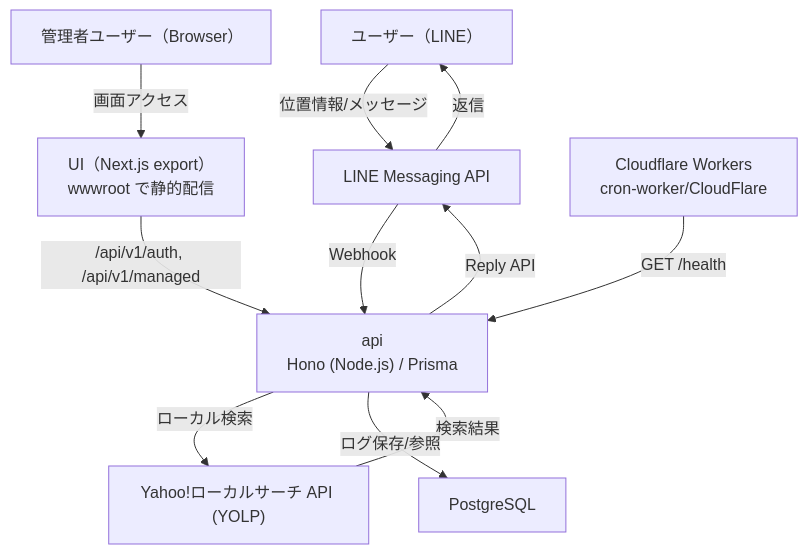
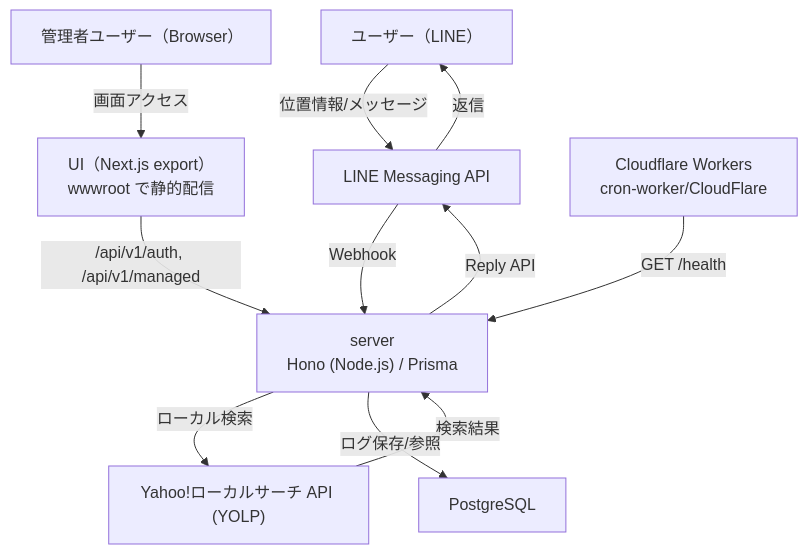
The first of 4 diagrams in Architect.md (agts86/G-Searcher), drawn with Mermaid before and after one commit. The commit also changed other lines of this file and 174 other files, not shown here.

````diff
--- a/Architect.md
+++ b/Architect.md
@@ -5,22 +5,22 @@
 ```mermaid
 graph TD
     User["ユーザー（LINE）"]
     Admin["管理者ユーザー（Browser）"]
     LineAPI["LINE Messaging API"]
     Ui["UI（Next.js export）<br/>wwwroot で静的配信"]
-    Api["api<br/>Hono (Node.js) / Prisma"]
+    Api["server<br/>Hono (Node.js) / Prisma"]
     Yahoo["Yahoo!ローカルサーチ API (YOLP)"]
     DB["PostgreSQL"]
     Worker["Cloudflare Workers<br/>cron-worker/CloudFlare"]
 
     User -->|位置情報/メッセージ| LineAPI
     LineAPI -->|Webhook| Api
     Admin -->|画面アクセス| Ui
     Ui -->|/api/v1/auth, /api/v1/managed| Api
     Api -->|ローカル検索| Yahoo
     Yahoo -->|検索結果| Api
     Api -->|ログ保存/参照| DB
     Api -->|Reply API| LineAPI
     LineAPI -->|返信| User
     Worker -->|GET /health| Api
 ```
````
